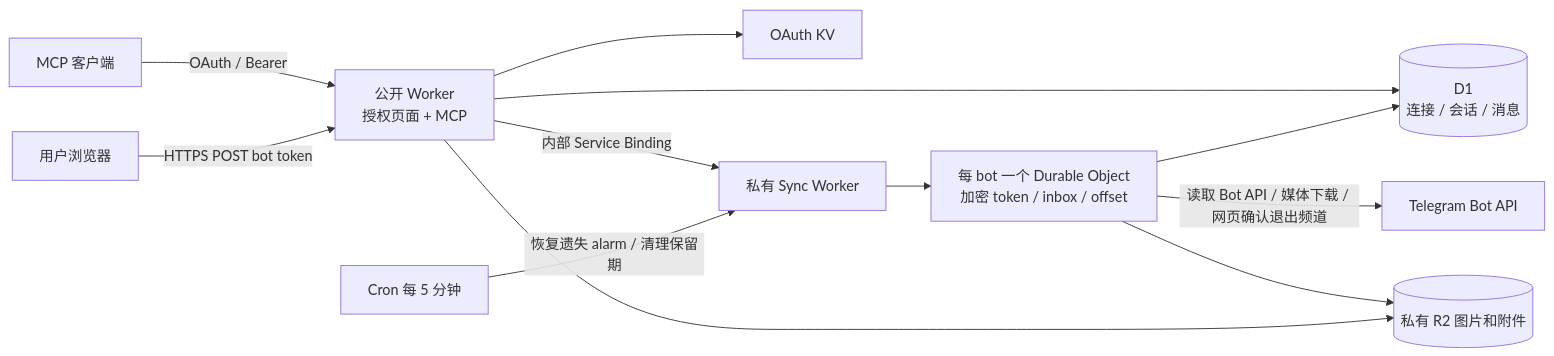
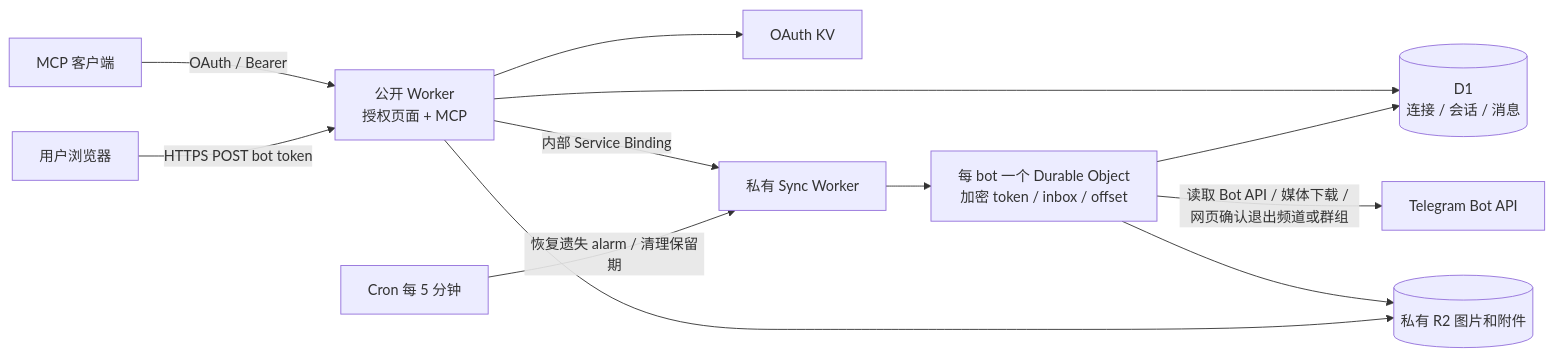
One commit to alexayan/telegram-mcp changed the diagram in README.md. Above: the diagram before and after it, drawn with Mermaid. The commit also changed other lines of this file and 5 other files, not shown here.

````diff
--- a/README.md
+++ b/README.md
@@ -18,14 +18,14 @@
 ```mermaid
 flowchart LR
   Client[MCP 客户端] -->|OAuth / Bearer| Gateway[公开 Worker\n授权页面 + MCP]
   Browser[用户浏览器] -->|HTTPS POST bot token| Gateway
   Gateway --> KV[OAuth KV]
   Gateway --> DB[(D1\n连接 / 会话 / 消息)]
   Gateway -->|内部 Service Binding| Sync[私有 Sync Worker]
   Sync --> Collector[每 bot 一个 Durable Object\n加密 token / inbox / offset]
-  Collector -->|读取 Bot API / 媒体下载 / 网页确认退出频道| TG[Telegram Bot API]
+  Collector -->|读取 Bot API / 媒体下载 / 网页确认退出频道或群组| TG[Telegram Bot API]
   Collector --> DB
   Collector --> R2[(私有 R2 图片和附件)]
   Gateway --> R2
   Cron[Cron 每 5 分钟] -->|恢复遗失 alarm / 清理保留期| Sync
 ```
````
